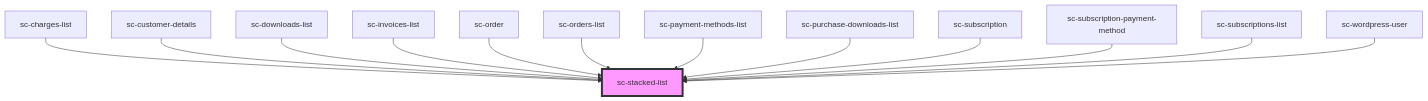
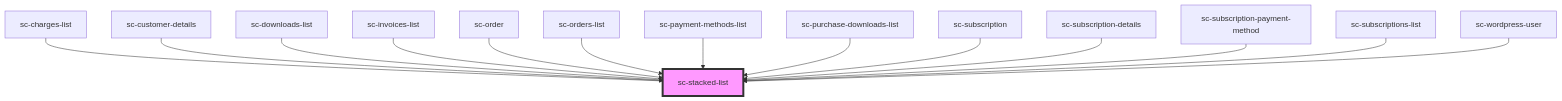
Before and after one commit to surecart/surecart-wp-plugin: the diagram in packages/components/src/components/ui/stacked-list/readme.md, drawn with Mermaid. The commit also changed other lines of this file and 15 other files, not shown here.

````diff
--- a/packages/components/src/components/ui/stacked-list/readme.md
+++ b/packages/components/src/components/ui/stacked-list/readme.md
@@ -26,16 +27,17 @@
 ```mermaid
 graph TD;
   sc-charges-list --> sc-stacked-list
   sc-customer-details --> sc-stacked-list
   sc-downloads-list --> sc-stacked-list
   sc-invoices-list --> sc-stacked-list
   sc-order --> sc-stacked-list
   sc-orders-list --> sc-stacked-list
   sc-payment-methods-list --> sc-stacked-list
   sc-purchase-downloads-list --> sc-stacked-list
   sc-subscription --> sc-stacked-list
+  sc-subscription-details --> sc-stacked-list
   sc-subscription-payment-method --> sc-stacked-list
   sc-subscriptions-list --> sc-stacked-list
   sc-wordpress-user --> sc-stacked-list
   style sc-stacked-list fill:#f9f,stroke:#333,stroke-width:4px
 ```
````
